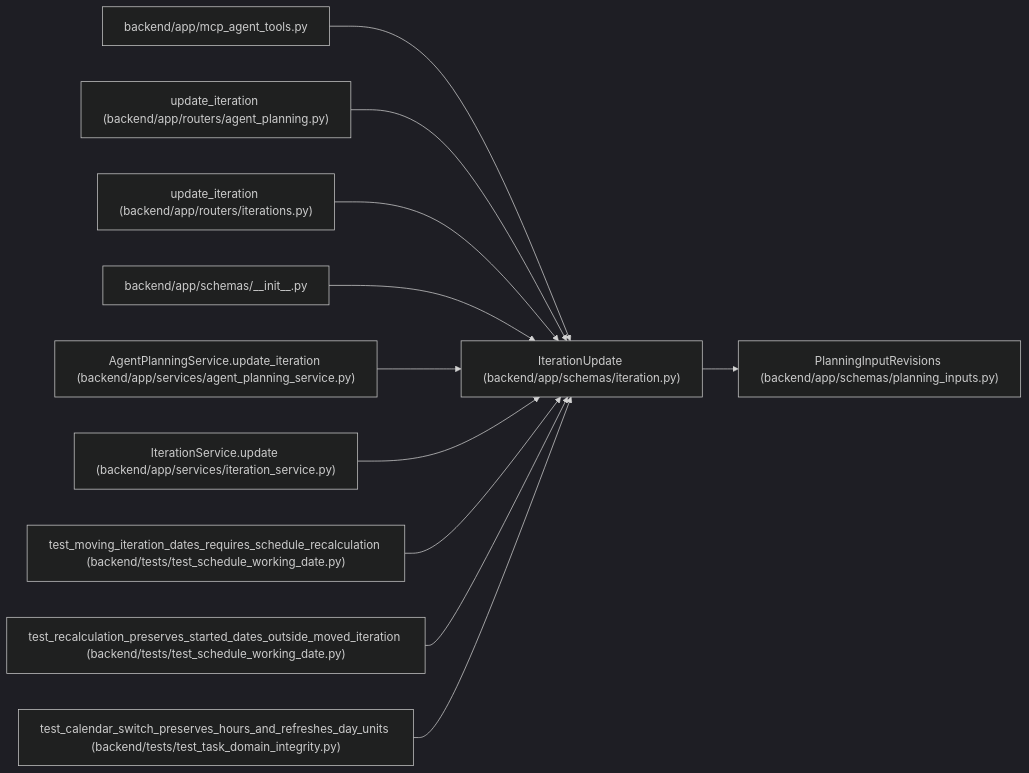
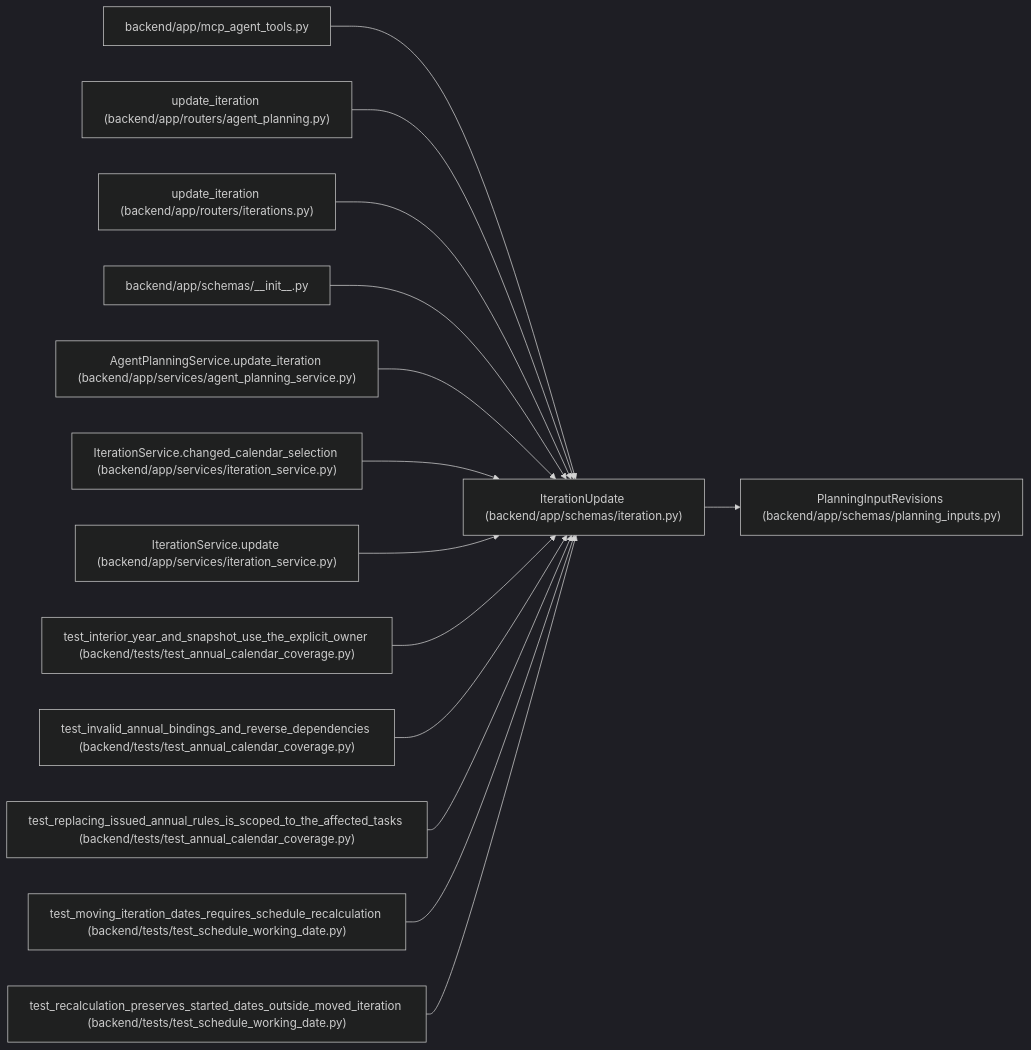
The diagram in docs/llm_wiki/entities/schemas_iteration_IterationUpdate.md (Denissvgn/WorkChord), drawn with Mermaid (dark theme) before and after one commit. The commit also changed other lines of this file and 920 other files, not shown here.

Commit message:
Document explicit annual calendars and forecast ownership

````diff
--- a/docs/llm_wiki/entities/schemas_iteration_IterationUpdate.md
+++ b/docs/llm_wiki/entities/schemas_iteration_IterationUpdate.md
@@ -30,35 +31,44 @@
 ```mermaid
 flowchart LR
     n0["IterationUpdate (backend/app/schemas/iteration.py)"]
     n1["PlanningInputRevisions (backend/app/schemas/planning_inputs.py)"]
     n2["backend/app/mcp_agent_tools.py"]
     n3["update_iteration (backend/app/routers/agent_planning.py)"]
     n4["update_iteration (backend/app/routers/iterations.py)"]
     n5["backend/app/schemas/__init__.py"]
     n6["AgentPlanningService.update_iteration (backend/app/services/agent_planning_service.py)"]
-    n7["IterationService.update (backend/app/services/iteration_service.py)"]
-    n8["test_moving_iteration_dates_requires_schedule_recalculation (backend/tests/test_schedule_working_date.py)"]
-    n9["test_recalculation_preserves_started_dates_outside_moved_iteration (backend/tests/test_schedule_working_date.py)"]
-    n10["test_calendar_switch_preserves_hours_and_refreshes_day_units (backend/tests/test_task_domain_integrity.py)"]
+    n7["IterationService.changed_calendar_selection (backend/app/services/iteration_service.py)"]
+    n8["IterationService.update (backend/app/services/iteration_service.py)"]
+    n9["test_interior_year_and_snapshot_use_the_explicit_owner (backend/tests/test_annual_calendar_coverage.py)"]
+    n10["test_invalid_annual_bindings_and_reverse_dependencies (backend/tests/test_annual_calendar_coverage.py)"]
+    n11["test_replacing_issued_annual_rules_is_scoped_to_the_affected_tasks (backend/tests/test_annual_calendar_coverage.py)"]
+    n12["test_moving_iteration_dates_requires_schedule_recalculation (backend/tests/test_schedule_working_date.py)"]
+    n13["test_recalculation_preserves_started_dates_outside_moved_iteration (backend/tests/test_schedule_working_date.py)"]
     n0 --> n1
     n2 --> n0
     n3 --> n0
     n4 --> n0
     n5 --> n0
     n6 --> n0
     n7 --> n0
     n8 --> n0
     n9 --> n0
     n10 --> n0
+    n11 --> n0
+    n12 --> n0
+    n13 --> n0
     click n0 "../modules/schemas_iteration.md"
     click n1 "../modules/planning_inputs.md"
     click n2 "../modules/mcp_agent_tools.md"
     click n3 "../modules/routers_agent_planning.md"
     click n4 "../modules/iterations.md"
     click n5 "../modules/schemas___init__.md"
     click n6 "../modules/agent_planning_service.md"
     click n7 "../modules/iteration_service.md"
-    click n8 "../modules/test_schedule_working_date.md"
-    click n9 "../modules/test_schedule_working_date.md"
-    click n10 "../modules/test_task_domain_integrity.md"
+    click n8 "../modules/iteration_service.md"
+    click n9 "../modules/test_annual_calendar_coverage.md"
+    click n10 "../modules/test_annual_calendar_coverage.md"
+    click n11 "../modules/test_annual_calendar_coverage.md"
+    click n12 "../modules/test_schedule_working_date.md"
+    click n13 "../modules/test_schedule_working_date.md"
 ```
````
